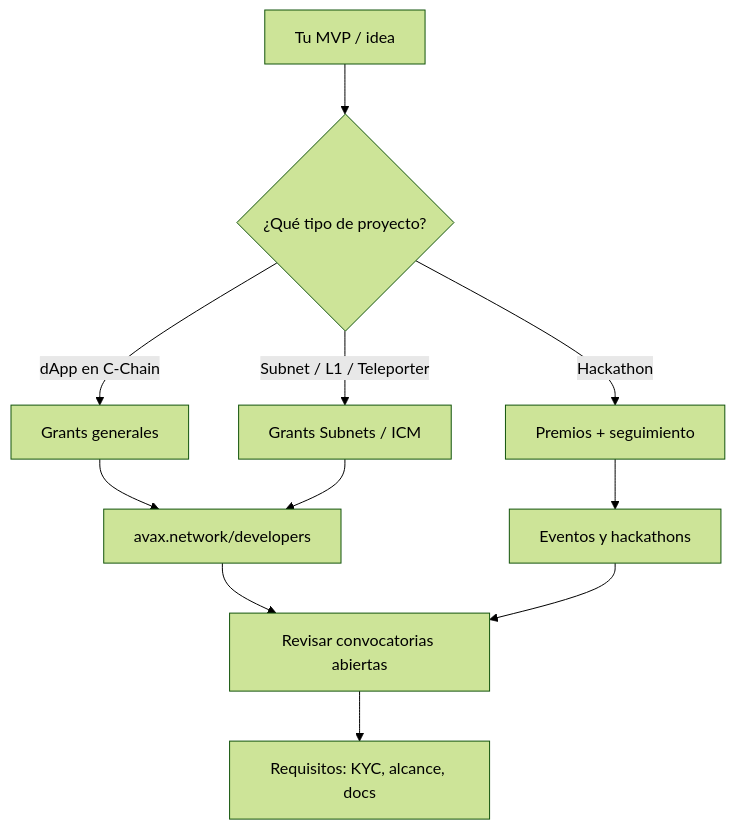
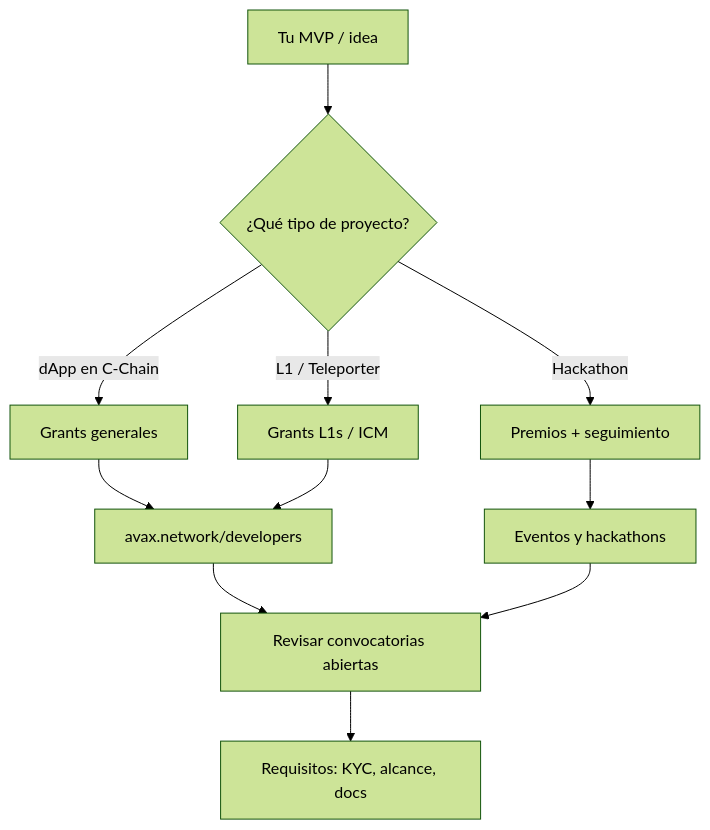
The third of 4 diagrams in semana-4/02-demo-day.md (MarxMad/Avax-Guide), drawn with Mermaid (forest theme) before and after one commit. The commit also changed other lines of this file and 10 other files, not shown here.

````diff
--- a/semana-4/02-demo-day.md
+++ b/semana-4/02-demo-day.md
@@ -67,13 +67,13 @@
 ```mermaid
 flowchart TB
     A[Tu MVP / idea] --> B{¿Qué tipo de proyecto?}
     B -->|dApp en C-Chain| C[Grants generales]
-    B -->|Subnet / L1 / Teleporter| D[Grants Subnets / ICM]
+    B -->|L1 / Teleporter| D[Grants L1s / ICM]
     B -->|Hackathon| E[Premios + seguimiento]
     C --> F[avax.network/developers]
     D --> F
     E --> G[Eventos y hackathons]
     F --> H[Revisar convocatorias abiertas]
     G --> H
     H --> I[Requisitos: KYC, alcance, docs]
 ```
````
